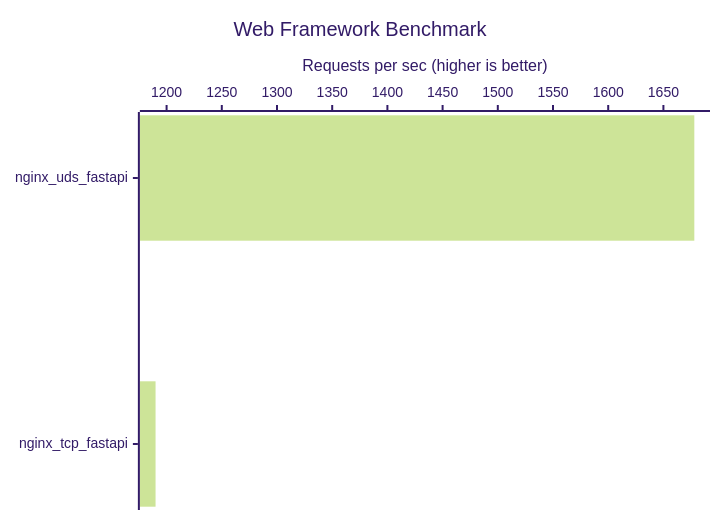
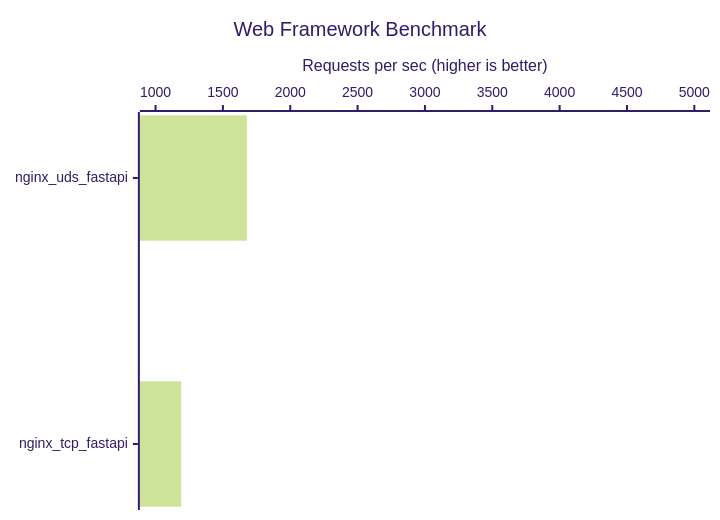
One commit to gsy0911/zenn-web-framework-comparison changed the diagram in README.md. Above: the diagram before and after it, drawn with Mermaid (forest theme). The commit also changed 4 other files, not shown here.

````diff
--- a/README.md
+++ b/README.md
@@ -3,7 +3,7 @@
 ```mermaid
 xychart-beta horizontal
     title "Web Framework Benchmark"
     x-axis [nginx_uds_fastapi, nginx_tcp_fastapi]
-    y-axis "Requests per sec (higher is better)"
+    y-axis "Requests per sec (higher is better)" 1000 --> 5000
     bar [1678, 1190]
 ```
````
